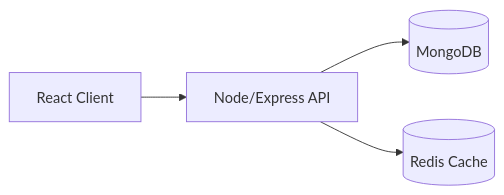
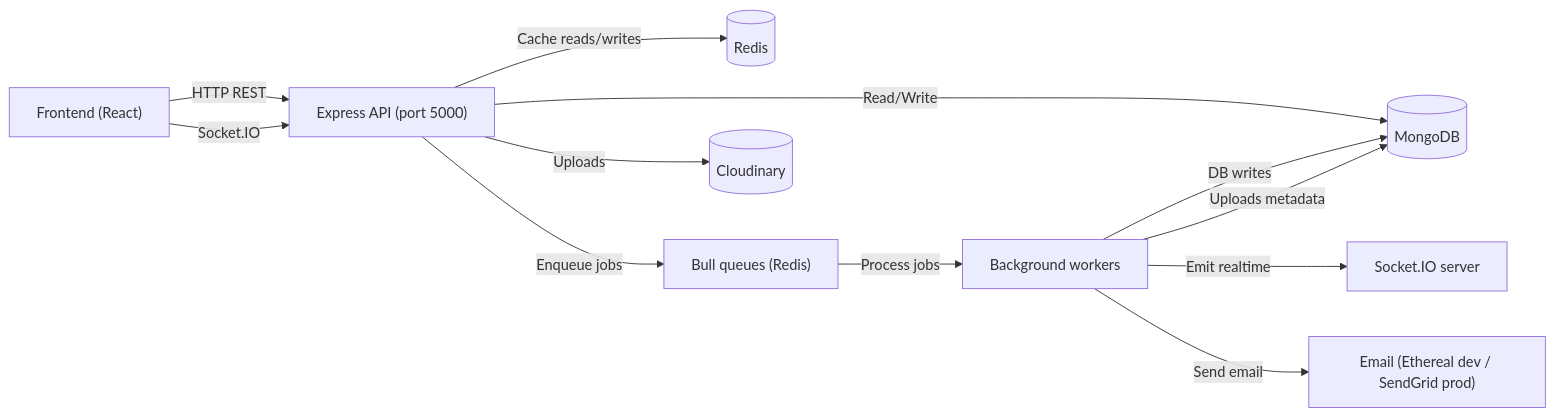
The diagram in README.md (SurajKhonde/SurajKhonde), drawn with Mermaid before and after one commit. The commit also changed other lines of this file, not shown here.

````diff
--- a/README.md
+++ b/README.md
@@ -133,6 +133,17 @@
 ```mermaid
 flowchart LR
-  FE["React Client"] --> API["Node/Express API"]
-  API --> DB[(MongoDB)]
-  API --> CACHE[(Redis Cache)]
+FE["Frontend (React)"] -->|"HTTP REST"| API["Express API (port 5000)"]
+FE -->|"Socket.IO"| API
+
+API -->|"Read/Write"| Mongo[(MongoDB)]
+API -->|"Cache reads/writes"| Redis[(Redis)]
+
+API -->|"Enqueue jobs"| Bull["Bull queues (Redis)"]
+Bull -->|"Process jobs"| Workers["Background workers"]
+Workers -->|"DB writes"| Mongo
+Workers -->|"Emit realtime"| SIO["Socket.IO server"]
+Workers -->|"Send email"| Email["Email (Ethereal dev / SendGrid prod)"]
+
+API -->|"Uploads"| Cloudinary[(Cloudinary)]
+Workers -->|"Uploads metadata"| Mongo
 ```
````
